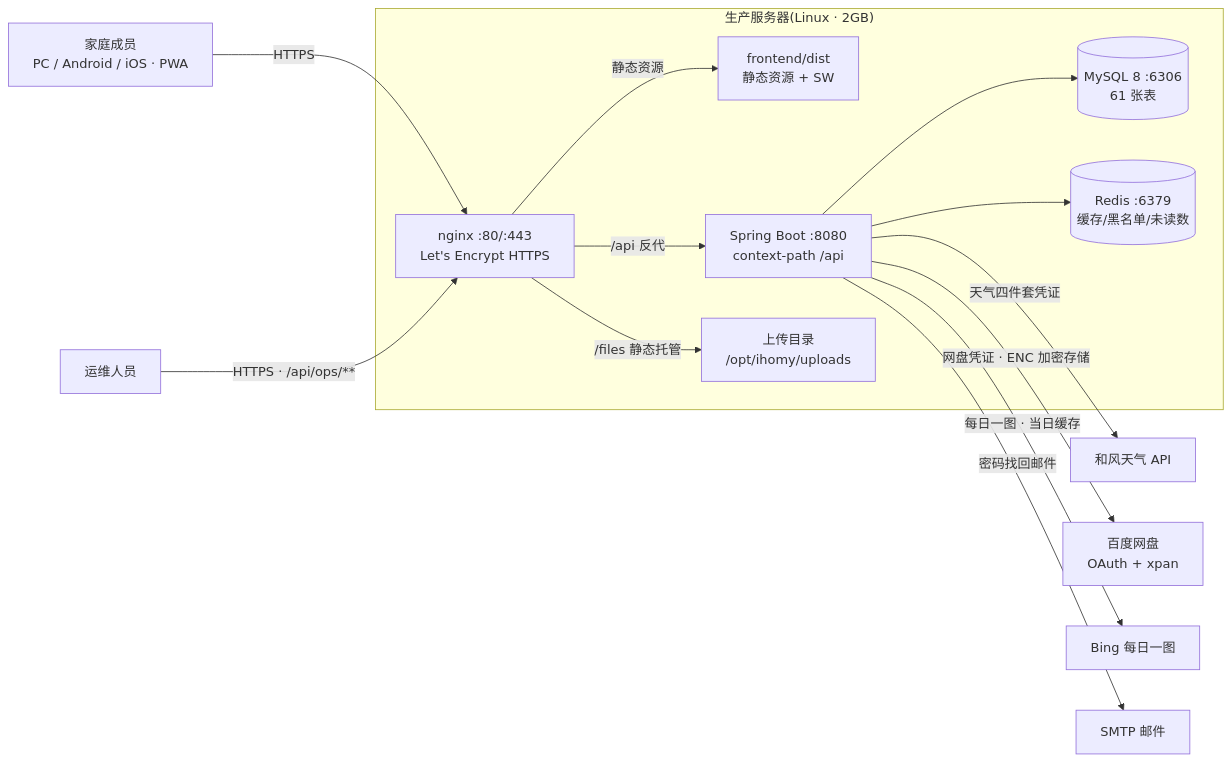
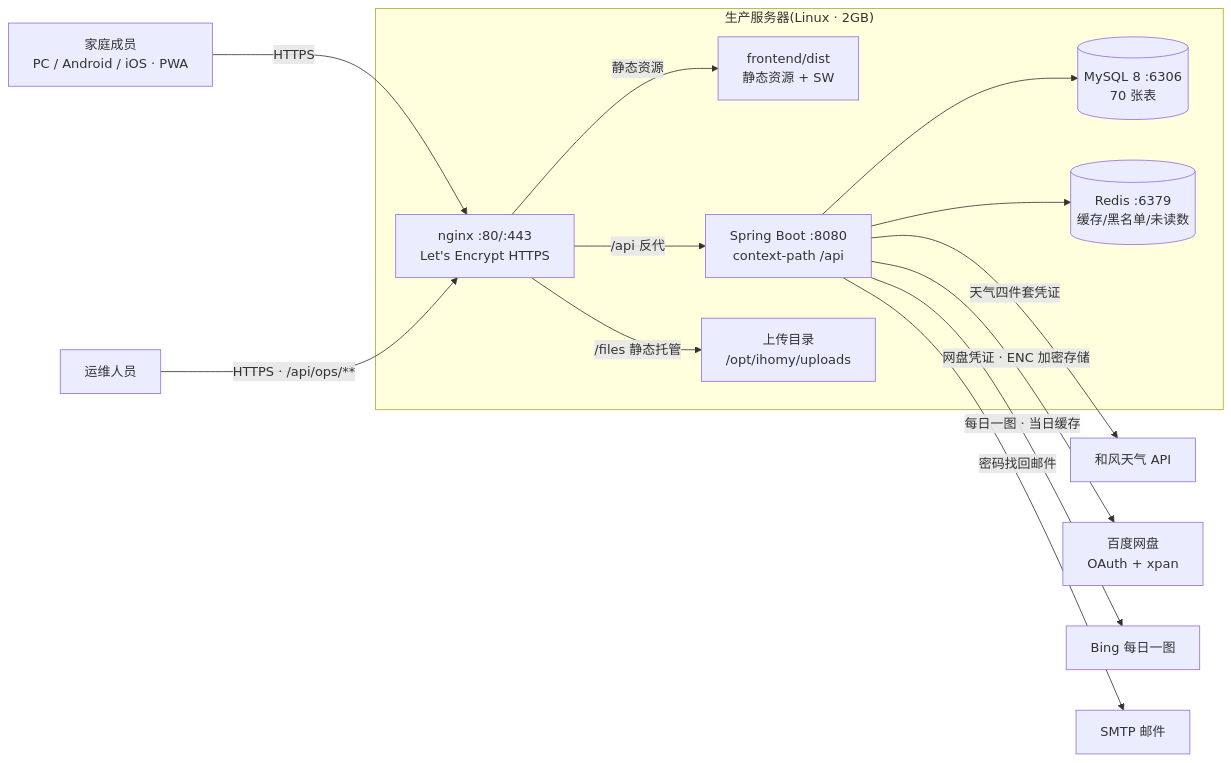
Before and after one commit to chillyice/ihomy: the first of 10 diagrams in docs/架构设计.md, drawn with Mermaid. The commit also changed other lines of this file and 11 other files, not shown here.

````diff
--- a/docs/架构设计.md
+++ b/docs/架构设计.md
@@ -10,31 +10,31 @@
 ```mermaid
 flowchart LR
     User["家庭成员<br/>PC / Android / iOS · PWA"]
     Ops["运维人员"]
 
     subgraph SERVER["生产服务器(Linux · 2GB)"]
         Nginx["nginx :80/:443<br/>Let's Encrypt HTTPS"]
         FE["frontend/dist<br/>静态资源 + SW"]
         BE["Spring Boot :8080<br/>context-path /api"]
-        MySQL[("MySQL 8 :6306<br/>61 张表")]
+        MySQL[("MySQL 8 :6306<br/>70 张表")]
         Redis[("Redis :6379<br/>缓存/黑名单/未读数")]
         Uploads["上传目录<br/>/opt/ihomy/uploads"]
     end
 
     QWeather["和风天气 API"]
     BaiduNet["百度网盘<br/>OAuth + xpan"]
     Bing["Bing 每日一图"]
     SMTP["SMTP 邮件"]
 
     User -->|"HTTPS"| Nginx
     Ops -->|"HTTPS · /api/ops/**"| Nginx
     Nginx -->|"静态资源"| FE
     Nginx -->|"/api 反代"| BE
     Nginx -->|"/files 静态托管"| Uploads
     BE --> MySQL
     BE --> Redis
     BE -->|"天气四件套凭证"| QWeather
     BE -->|"网盘凭证 · ENC 加密存储"| BaiduNet
     BE -->|"每日一图 · 当日缓存"| Bing
     BE -->|"密码找回邮件"| SMTP
 ```
````
